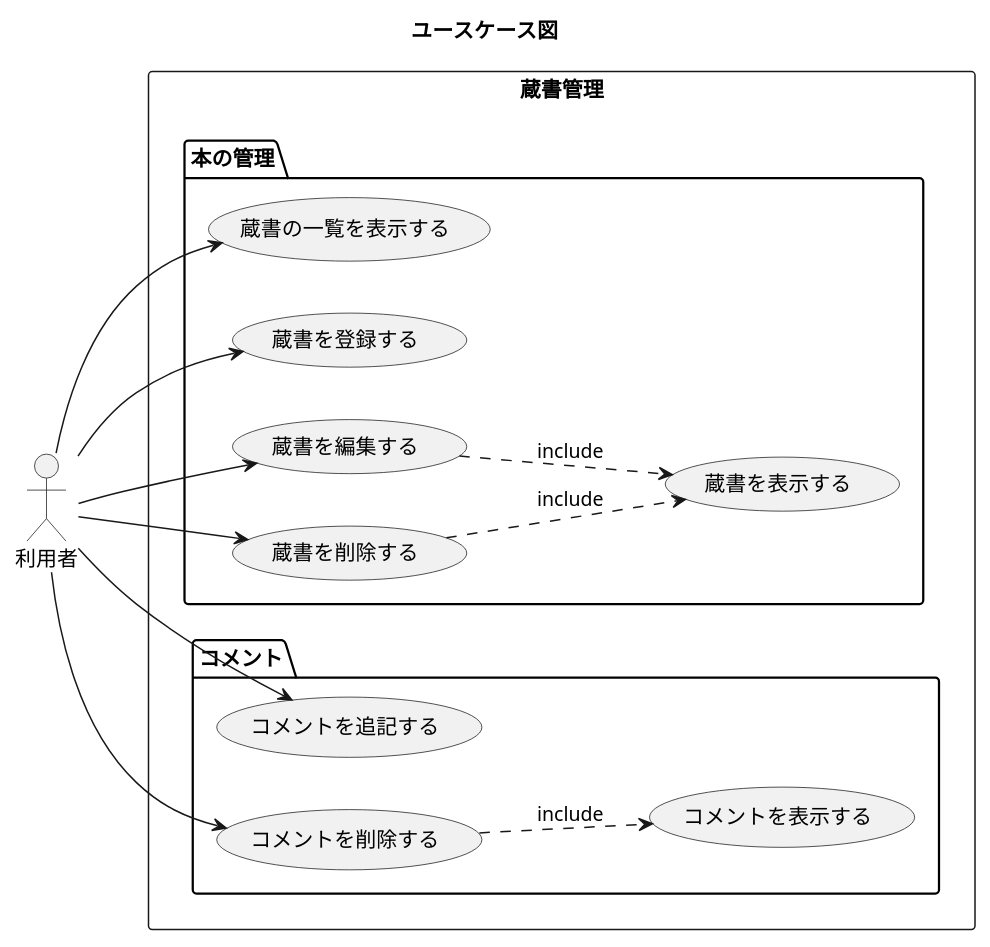
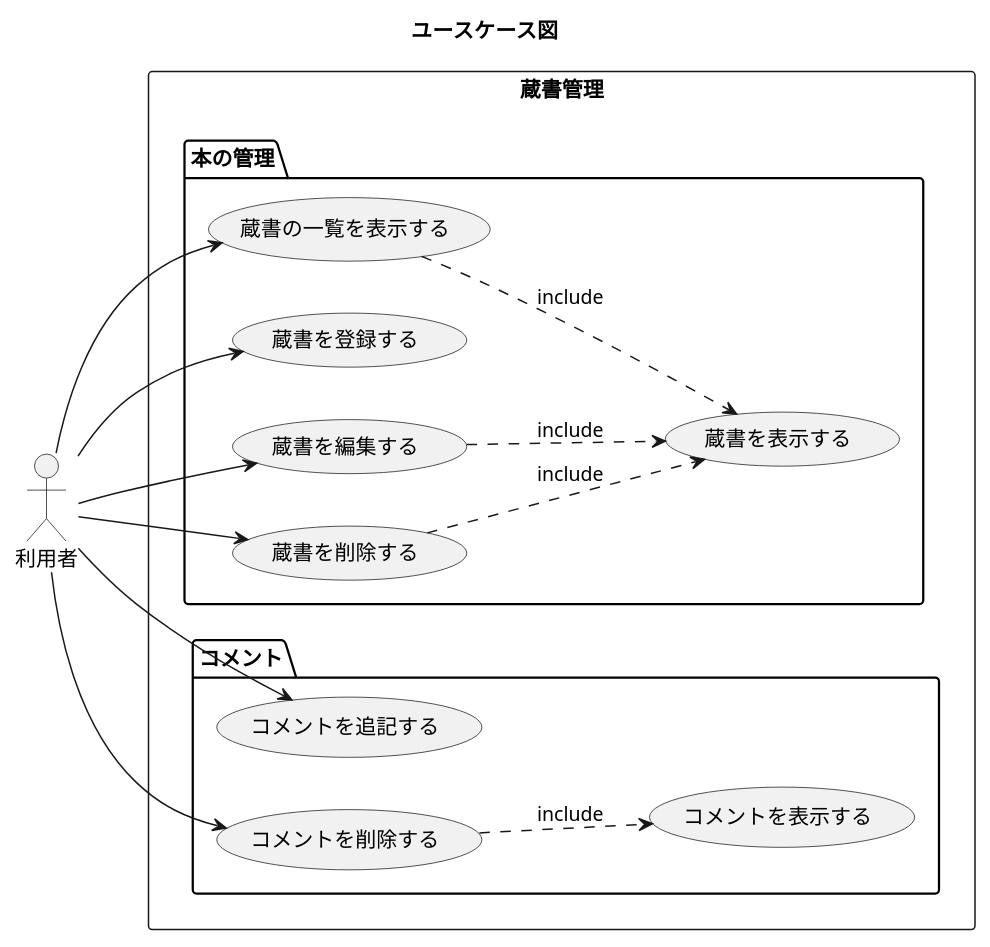
The diagram in uml/usecases.pu (40node/node006), drawn with PlantUML before and after one commit. The commit also changed 6 other files, not shown here.

```diff
--- a/uml/usecases.pu
+++ b/uml/usecases.pu
@@ -1,22 +1,23 @@
 @startuml
 title ユースケース図
 
 actor 利用者
 left to right direction
 
 rectangle 蔵書管理 {
     package 本の管理 {
         利用者 -> (蔵書の一覧を表示する)
         利用者 --> (蔵書を登録する)
         利用者 --> (蔵書を編集する)
         利用者 --> (蔵書を削除する)
+        (蔵書の一覧を表示する) ..> (蔵書を表示する) : include
         (蔵書を編集する) ..> (蔵書を表示する) : include
         (蔵書を削除する) ..> (蔵書を表示する) : include
     }
     package コメント {
         利用者 --> (コメントを追記する)
         利用者 --> (コメントを削除する)
         (コメントを削除する) ..> (コメントを表示する) : include
     }
 }
 @enduml
```
